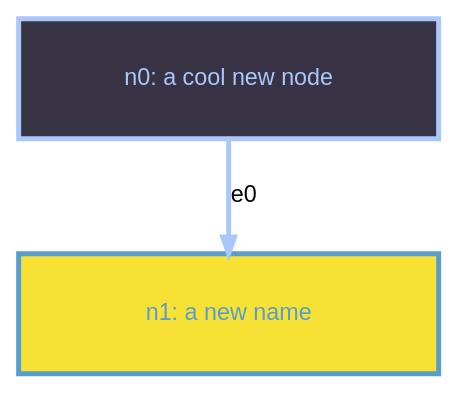
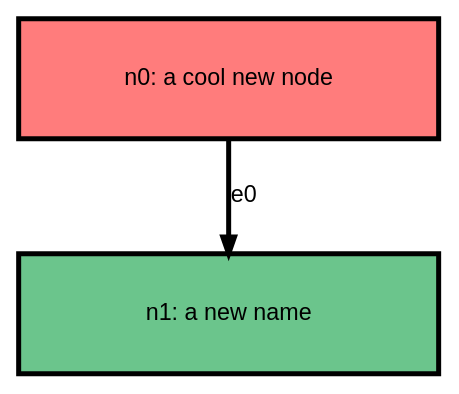
Before and after one commit to stevecooperorg/microdot: the diagram in examples/readme_example_1.dot, drawn with Graphviz. The commit also changed 13 other files, not shown here.

```diff
--- a/examples/readme_example_1.dot
+++ b/examples/readme_example_1.dot
@@ -1,12 +1,12 @@
 digraph {
 
     graph [fontname = "helvetica" rankdir=TB ranksep=0.75 nodesep=0.5];
     node [fontname = "helvetica" style="filled" shape=box height=1 width=3.5 penwidth=3];
-    edge [fontname = "helvetica" penwidth=3 color="#A9C7FB"];
+    edge [fontname = "helvetica" penwidth=3 color="#000"];
 
-    "n0" [label="n0: a cool new node" fillcolor="#383344" color="#A9C7FB" fontcolor="#A9C7FB"]
-    "n1" [label="n1: a new name" fillcolor="#F8E135" color="#589ECD" fontcolor="#589ECD"]
+    "n0" [label="n0: a cool new node" fillcolor="#FF7C7C" color="#000" fontcolor="#000"]
+    "n1" [label="n1: a new name" fillcolor="#6BC58C" color="#000" fontcolor="#000"]
 
     "n0" -> "n1" [label="e0"];
 
 }
```
